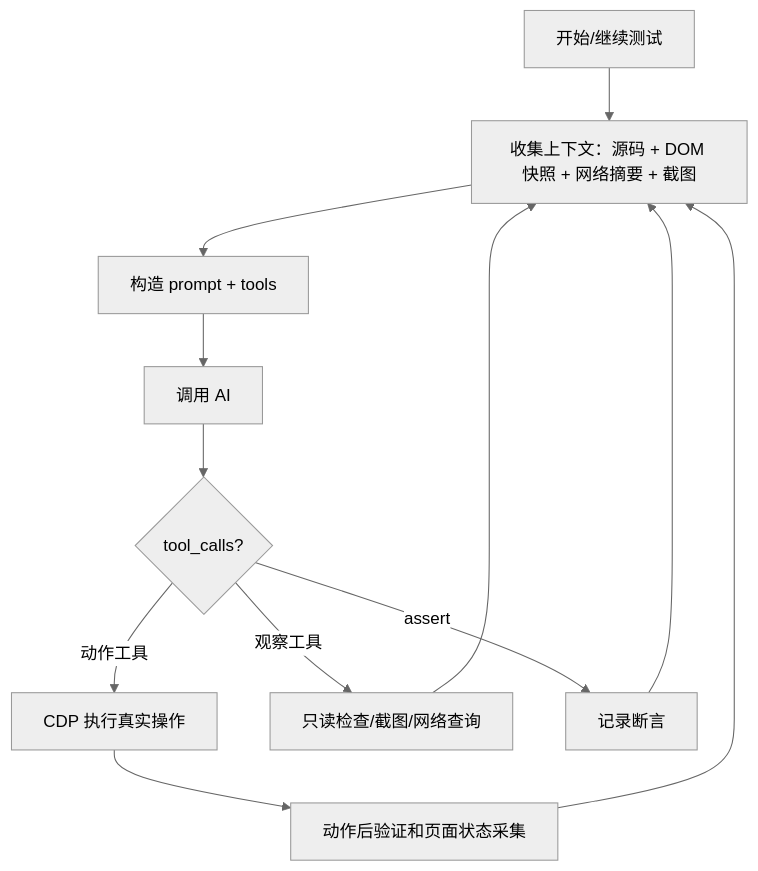
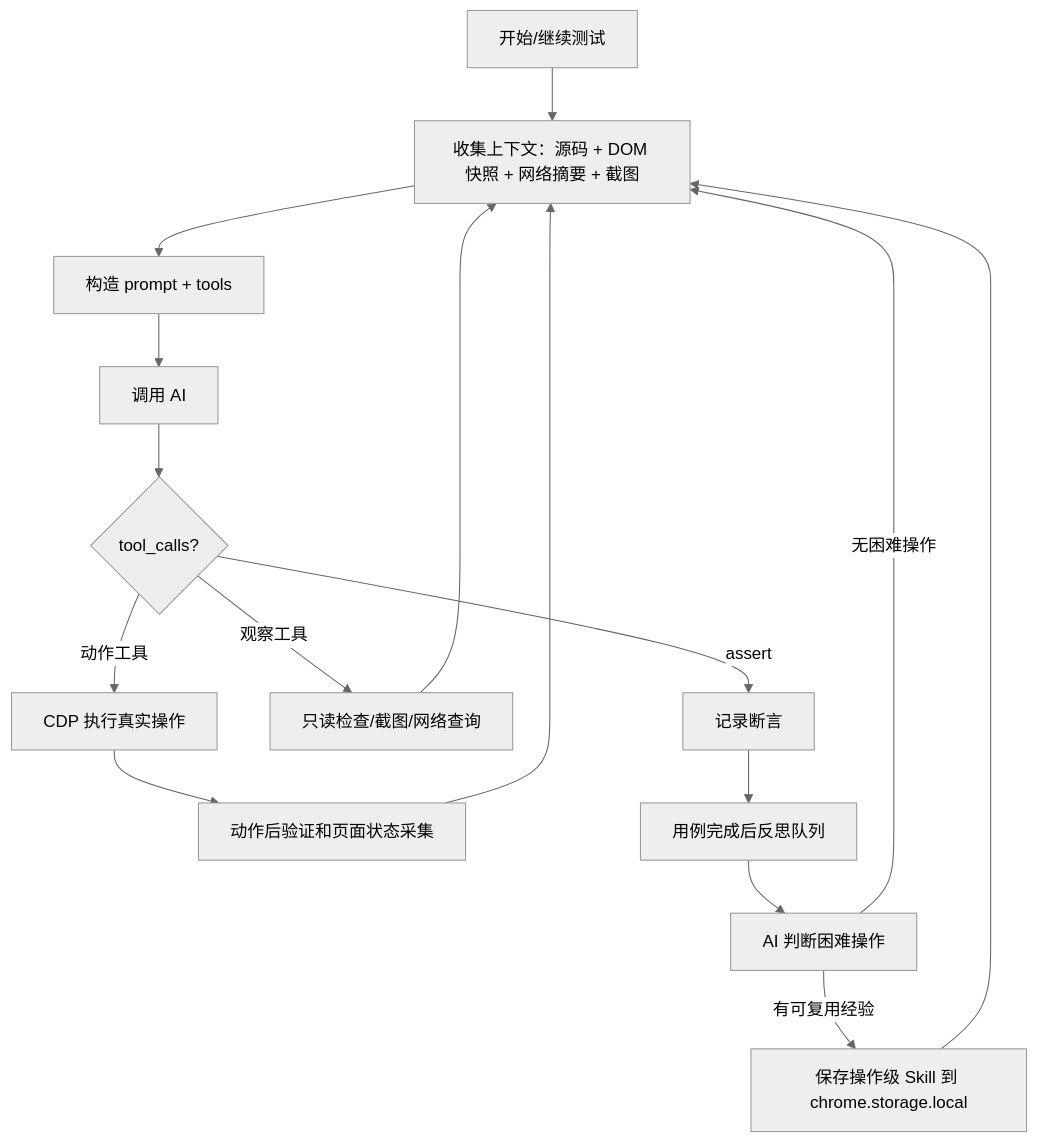
One commit to sgvvvvvv/web-ai-autotest changed the second of 2 diagrams in autotest/docs/architecture.md. Above: the diagram before and after it, drawn with Mermaid (neutral theme). The commit also changed other lines of this file and 20 other files, not shown here.

````diff
--- a/autotest/docs/architecture.md
+++ b/autotest/docs/architecture.md
@@ -110,14 +112,18 @@
 ```mermaid
 flowchart TB
     S["开始/继续测试"] --> C["收集上下文：源码 + DOM 快照 + 网络摘要 + 截图"]
     C --> P["构造 prompt + tools"]
     P --> A["调用 AI"]
     A --> T{"tool_calls?"}
     T -->|动作工具| E["CDP 执行真实操作"]
     T -->|观察工具| O["只读检查/截图/网络查询"]
     T -->|assert| R["记录断言"]
     E --> V["动作后验证和页面状态采集"]
     O --> C
     V --> C
-    R --> C
+    R --> F[用例完成后反思队列]
+    F --> L[AI 判断困难操作]
+    L -->|有可复用经验| K[保存操作级 Skill 到 chrome.storage.local]
+    L -->|无困难操作| C
+    K --> C
 ```
````
